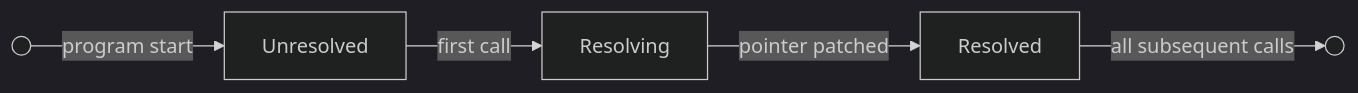
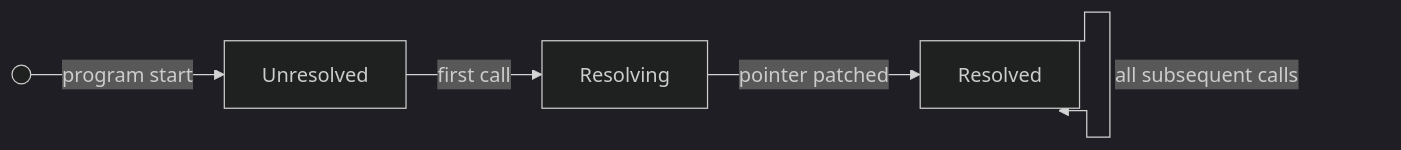
One commit to Shubhankar-Gambhir/Shubhankar-Gambhir.github.io changed the first of 3 diagrams in _posts/2026-05-12-lazy-resolution-resolve-once-dispatch-forever.md. Above: the diagram before and after it, drawn with Mermaid (dark theme).

Commit message:
Use step curve for state diagram self-loop

````diff
--- a/_posts/2026-05-12-lazy-resolution-resolve-once-dispatch-forever.md
+++ b/_posts/2026-05-12-lazy-resolution-resolve-once-dispatch-forever.md
@@ -76,7 +76,12 @@
 ```mermaid
+---
+config:
+  flowchart:
+    curve: step
+---
 flowchart LR
     S(( )) -->|program start| A[Unresolved]
     A -->|first call| B[Resolving]
     B -->|pointer patched| C[Resolved]
-    C -->|all subsequent calls| D(( ))
+    C -->|all subsequent calls| C
 ```
````
